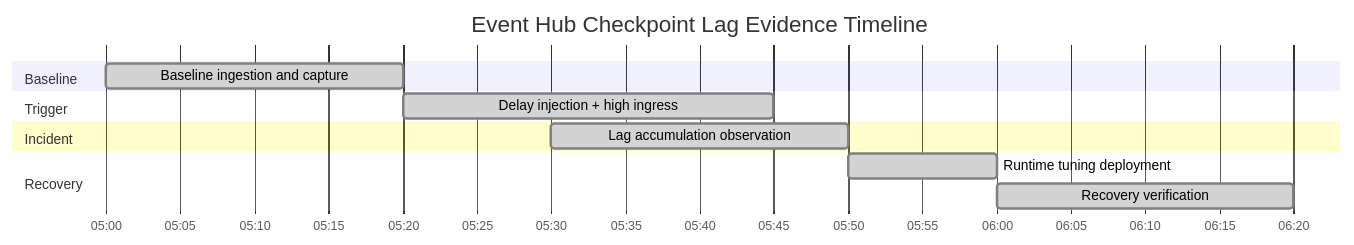
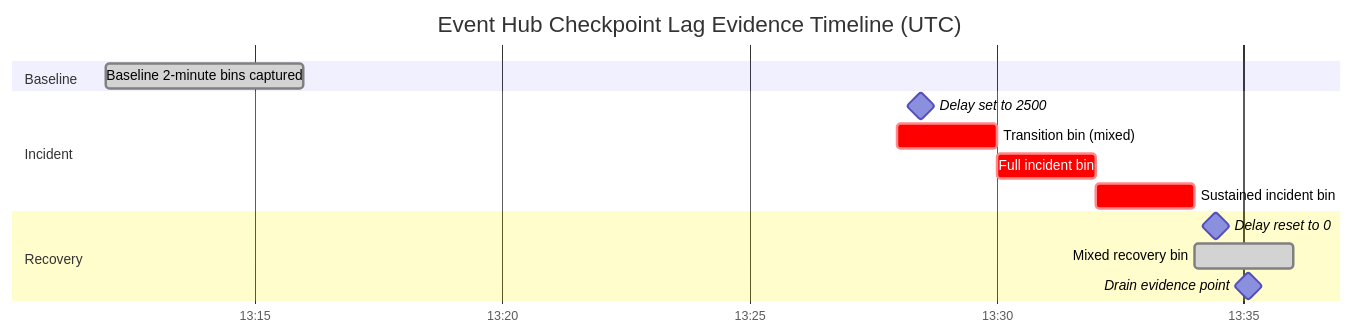
Before and after one commit to yeongseon/azure-functions-practical-guide: the fifth of 5 diagrams in docs/troubleshooting/lab-guides/event-hub-checkpoint-lag.md, drawn with Mermaid. The commit also changed other lines of this file and 21 other files, not shown here.

````diff
--- a/docs/troubleshooting/lab-guides/event-hub-checkpoint-lag.md
+++ b/docs/troubleshooting/lab-guides/event-hub-checkpoint-lag.md
@@ -430,15 +731,17 @@
 ```mermaid
 gantt
-    title Event Hub Checkpoint Lag Evidence Timeline
-    dateFormat  HH:mm
+    title Event Hub Checkpoint Lag Evidence Timeline (UTC)
+    dateFormat  HH:mm:ss
     axisFormat  %H:%M
     section Baseline
-    Baseline ingestion and capture   :done, e1, 05:00, 20m
-    section Trigger
-    Delay injection + high ingress   :done, e2, 05:20, 25m
+    Baseline 2-minute bins captured              :done, b1, 13:12:00, 4m
     section Incident
-    Lag accumulation observation     :done, e3, 05:30, 20m
+    Delay set to 2500                            :milestone, i0, 13:28:29, 0s
+    Transition bin (mixed)                       :crit, i1, 13:28:00, 2m
+    Full incident bin                            :crit, i2, 13:30:00, 2m
+    Sustained incident bin                        :crit, i3, 13:32:00, 2m
     section Recovery
-    Runtime tuning deployment        :done, e4, 05:50, 10m
-    Recovery verification            :done, e5, 06:00, 20m
+    Delay reset to 0                             :milestone, r0, 13:34:26, 0s
+    Mixed recovery bin                            :done, r1, 13:34:00, 2m
+    Drain evidence point                          :milestone, r2, 13:35:06, 0s
 ```
````
